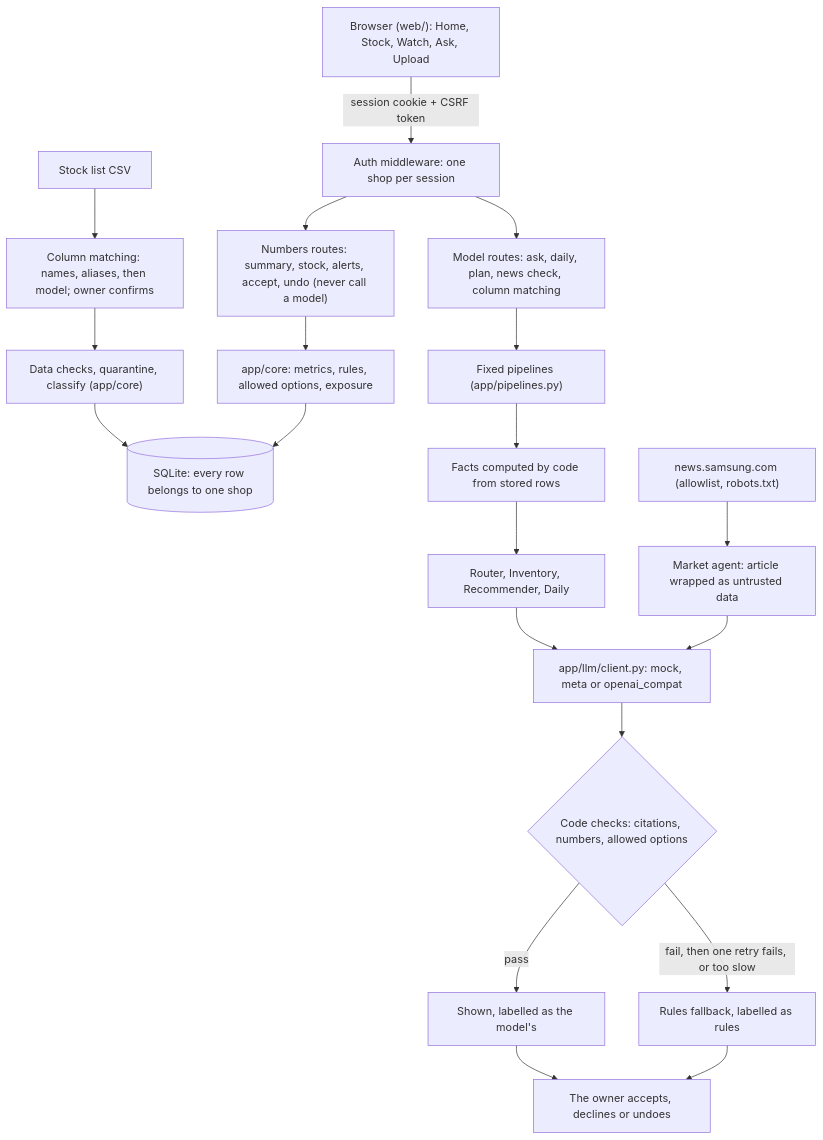
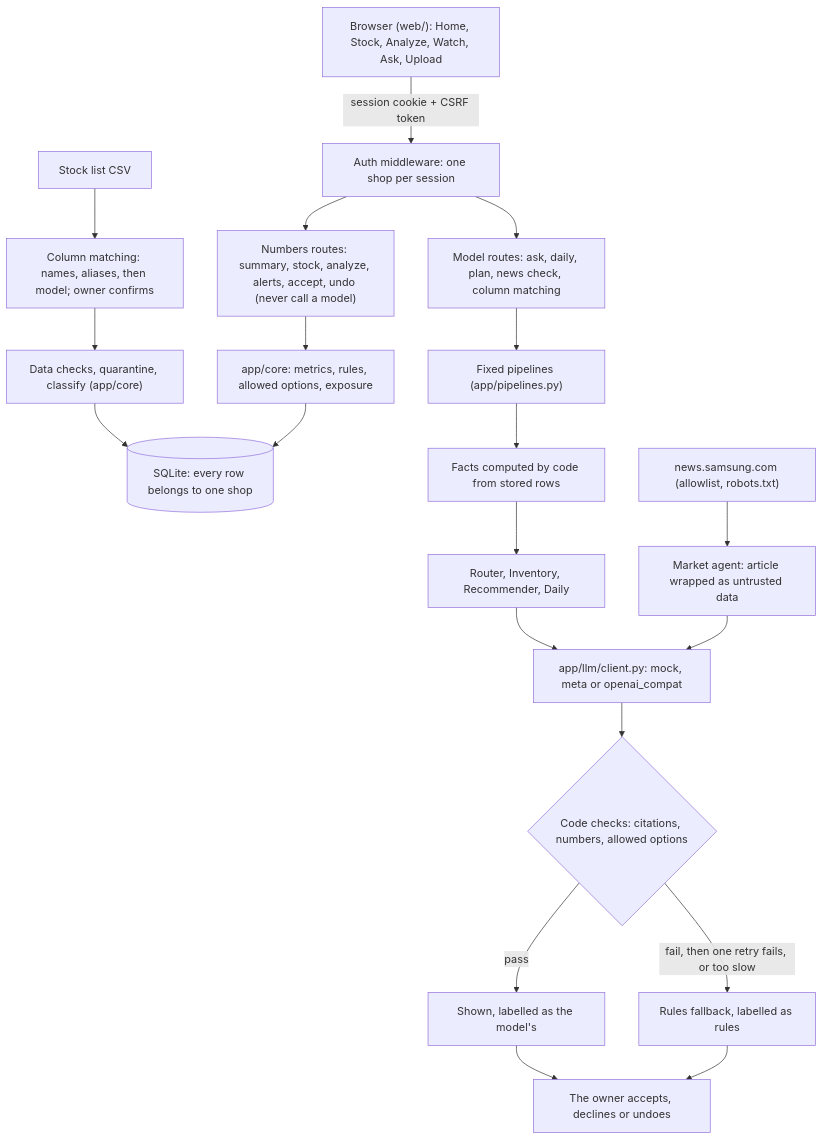
One commit to vmndilip-star/Loreg changed the diagram in README.md. Above: the diagram before and after it, drawn with Mermaid. The commit also changed other lines of this file and 3 other files, not shown here.

````diff
--- a/README.md
+++ b/README.md
@@ -94,22 +95,22 @@
 ```mermaid
 flowchart TD
-    Pages["Browser (web/): Home, Stock, Watch, Ask, Upload"] -->|"session cookie + CSRF token"| Auth["Auth middleware: one shop per session"]
-    Auth --> Numbers["Numbers routes: summary, stock, alerts, accept, undo (never call a model)"]
+    Pages["Browser (web/): Home, Stock, Analyze, Watch, Ask, Upload"] -->|"session cookie + CSRF token"| Auth["Auth middleware: one shop per session"]
+    Auth --> Numbers["Numbers routes: summary, stock, analyze, alerts, accept, undo (never call a model)"]
     Auth --> ModelRoutes["Model routes: ask, daily, plan, news check, column matching"]
     CSV["Stock list CSV"] --> Columns["Column matching: names, aliases, then model; owner confirms"]
     Columns --> Ingest["Data checks, quarantine, classify (app/core)"]
     Ingest --> DB[("SQLite: every row belongs to one shop")]
     Numbers --> Core["app/core: metrics, rules, allowed options, exposure"]
     Core --> DB
     ModelRoutes --> Pipelines["Fixed pipelines (app/pipelines.py)"]
     Pipelines --> Facts["Facts computed by code from stored rows"]
     Facts --> Agents["Router, Inventory, Recommender, Daily"]
     News["news.samsung.com (allowlist, robots.txt)"] --> Market["Market agent: article wrapped as untrusted data"]
     Agents --> Client["app/llm/client.py: mock, meta or openai_compat"]
     Market --> Client
     Client --> Checks{"Code checks: citations, numbers, allowed options"}
     Checks -->|pass| Shown["Shown, labelled as the model's"]
     Checks -->|"fail, then one retry fails, or too slow"| Rules["Rules fallback, labelled as rules"]
     Shown --> Owner["The owner accepts, declines or undoes"]
     Rules --> Owner
 ```
````
